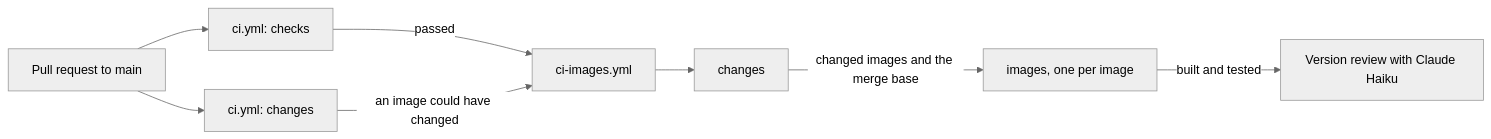
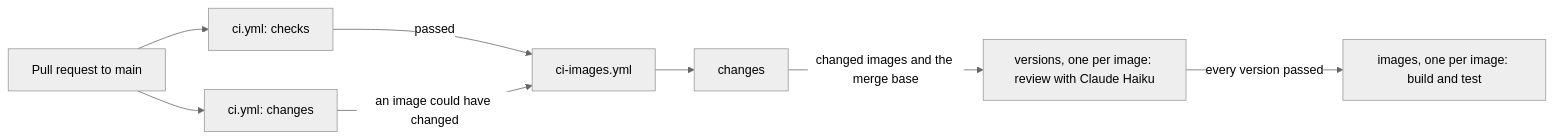
Before and after one commit to froazin/devcontainers: the diagram in docs/ci.md, drawn with Mermaid (neutral theme). The commit also changed other lines of this file and 2 other files, not shown here.

First line of the commit message:
ci(tooling): Review image versions before building any image

````diff
--- a/docs/ci.md
+++ b/docs/ci.md
@@ -25,12 +25,12 @@
 ```mermaid
 flowchart LR
     accTitle: The CI jobs for a pull request
-    accDescr: A pull request to main starts ci.yml. Its checks job runs the lint, type check, unit tests, manifest checks and shell checks. Its changes job lists the pull request's files and decides whether an image could have changed. When both pass and an image could have changed, ci.yml calls ci-images.yml. Its changes job diffs the branch from where it left main and lists the changed images. Then one images job runs for each changed image. It builds and tests the image, then Claude Haiku reviews the image's version against the branch's commits.
+    accDescr: A pull request to main starts ci.yml. Its checks job runs the lint, type check, unit tests, manifest checks and shell checks. Its changes job lists the pull request's files and decides whether an image could have changed. When both pass and an image could have changed, ci.yml calls ci-images.yml. Its changes job diffs the branch from where it left main and lists the changed images. Then one versions job runs for each changed image, where Claude Haiku reviews the image's version against the branch's commits. When every review passes, one images job runs for each changed image to build and test it.
     pr[Pull request to main] --> checks[ci.yml: checks]
     pr --> rough[ci.yml: changes]
     checks -->|passed| workflow[ci-images.yml]
     rough -->|an image could have changed| workflow
     workflow --> changes[changes]
-    changes -->|changed images and the merge base| images[images, one per image]
-    images -->|built and tested| review[Version review with Claude Haiku]
+    changes -->|changed images and the merge base| versions[versions, one per image: review with Claude Haiku]
+    versions -->|every version passed| images[images, one per image: build and test]
 ```
````
